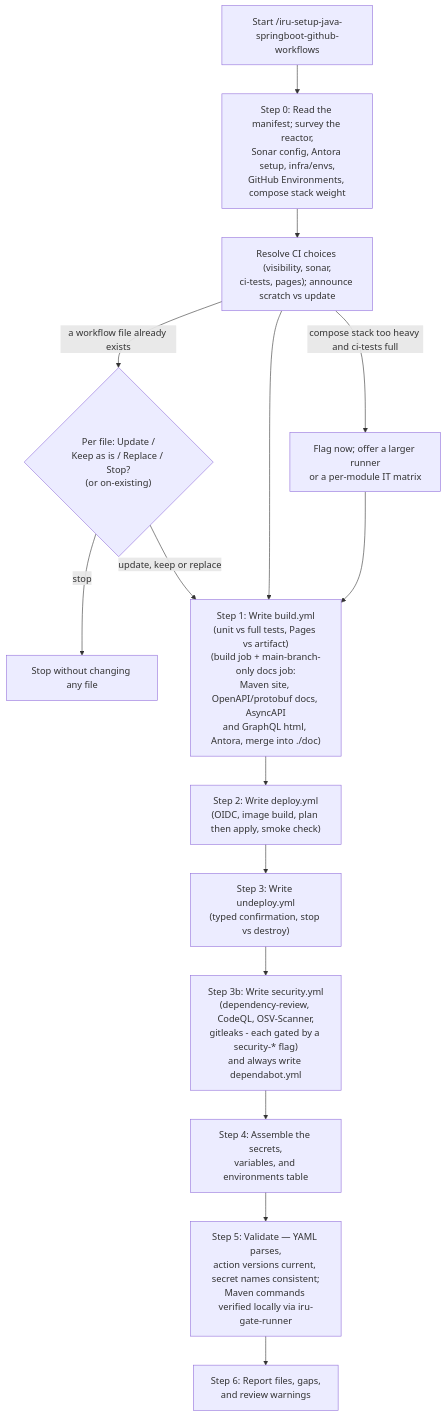
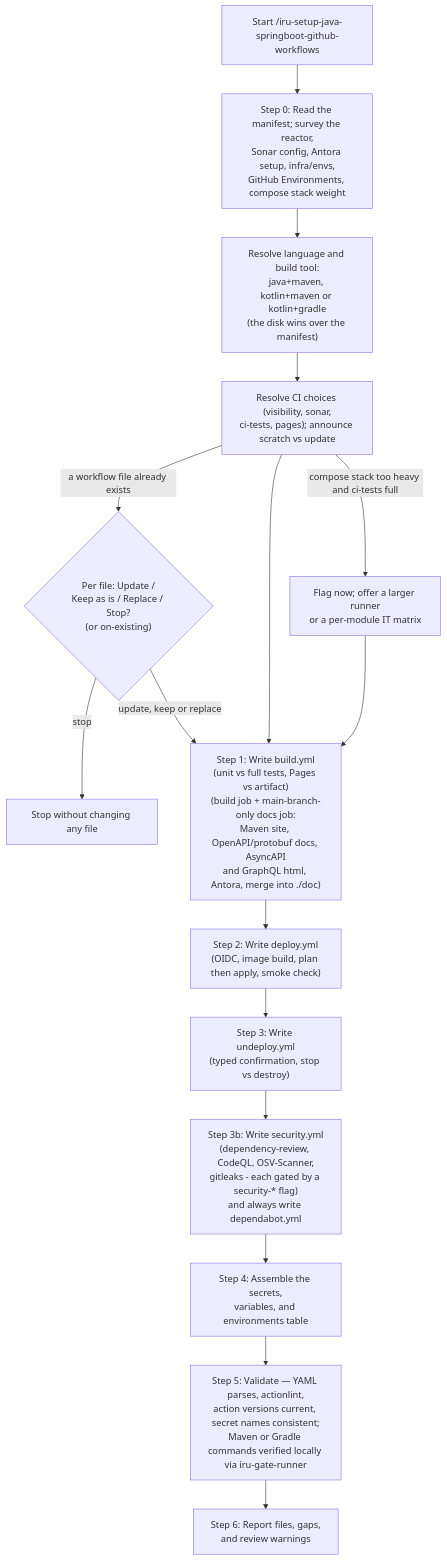
Before and after one commit to albertoirurueta/ai-catalog: the diagram in docs/modules/ROOT/pages/skills/iru-setup-java-springboot-github-workflows.adoc, drawn with Mermaid. The commit also changed other lines of this file and 234 other files, not shown here.

```diff
--- a/docs/modules/ROOT/pages/skills/iru-setup-java-springboot-github-workflows.adoc
+++ b/docs/modules/ROOT/pages/skills/iru-setup-java-springboot-github-workflows.adoc
@@ -201,18 +231,19 @@
 [mermaid]
 ....
 flowchart TD
     A["Start /iru-setup-java-springboot-github-workflows"] --> B["Step 0: Read the manifest; survey the reactor,\nSonar config, Antora setup, infra/envs,\nGitHub Environments, compose stack weight"]
-    B --> B2["Resolve CI choices (visibility, sonar,\nci-tests, pages); announce scratch vs update"]
+    B --> BL["Resolve language and build tool:\njava+maven, kotlin+maven or kotlin+gradle\n(the disk wins over the manifest)"]
+    BL --> B2["Resolve CI choices (visibility, sonar,\nci-tests, pages); announce scratch vs update"]
     B2 -- compose stack too heavy and ci-tests full --> C["Flag now; offer a larger runner\nor a per-module IT matrix"]
     B2 -- a workflow file already exists --> D{"Per file: Update /\nKeep as is / Replace / Stop?\n(or on-existing)"}
     D -- stop --> STOP[Stop without changing any file]
     D -- update, keep or replace --> E
     B2 --> E["Step 1: Write build.yml\n(unit vs full tests, Pages vs artifact)\n(build job + main-branch-only docs job:\nMaven site, OpenAPI/protobuf docs, AsyncAPI\nand GraphQL html, Antora, merge into ./doc)"]
     C --> E
     E --> F["Step 2: Write deploy.yml\n(OIDC, image build, plan then apply, smoke check)"]
     F --> G["Step 3: Write undeploy.yml\n(typed confirmation, stop vs destroy)"]
     G --> G2["Step 3b: Write security.yml\n(dependency-review, CodeQL, OSV-Scanner,\ngitleaks - each gated by a security-* flag)\nand always write dependabot.yml"]
     G2 --> H["Step 4: Assemble the secrets,\nvariables, and environments table"]
-    H --> I["Step 5: Validate — YAML parses,\naction versions current, secret names consistent;\nMaven commands verified locally via iru-gate-runner"]
+    H --> I["Step 5: Validate — YAML parses, actionlint,\naction versions current, secret names consistent;\nMaven or Gradle commands verified locally via iru-gate-runner"]
     I --> J["Step 6: Report files, gaps,\nand review warnings"]
 ....
```
